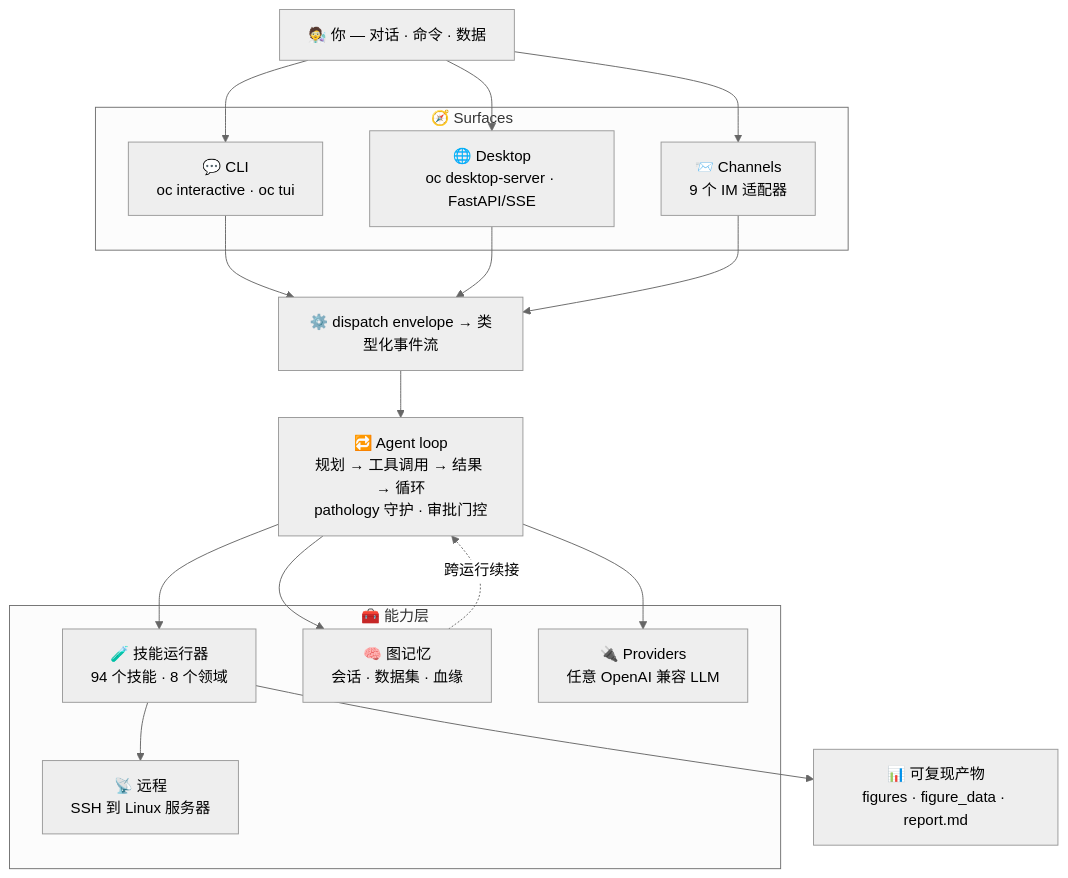
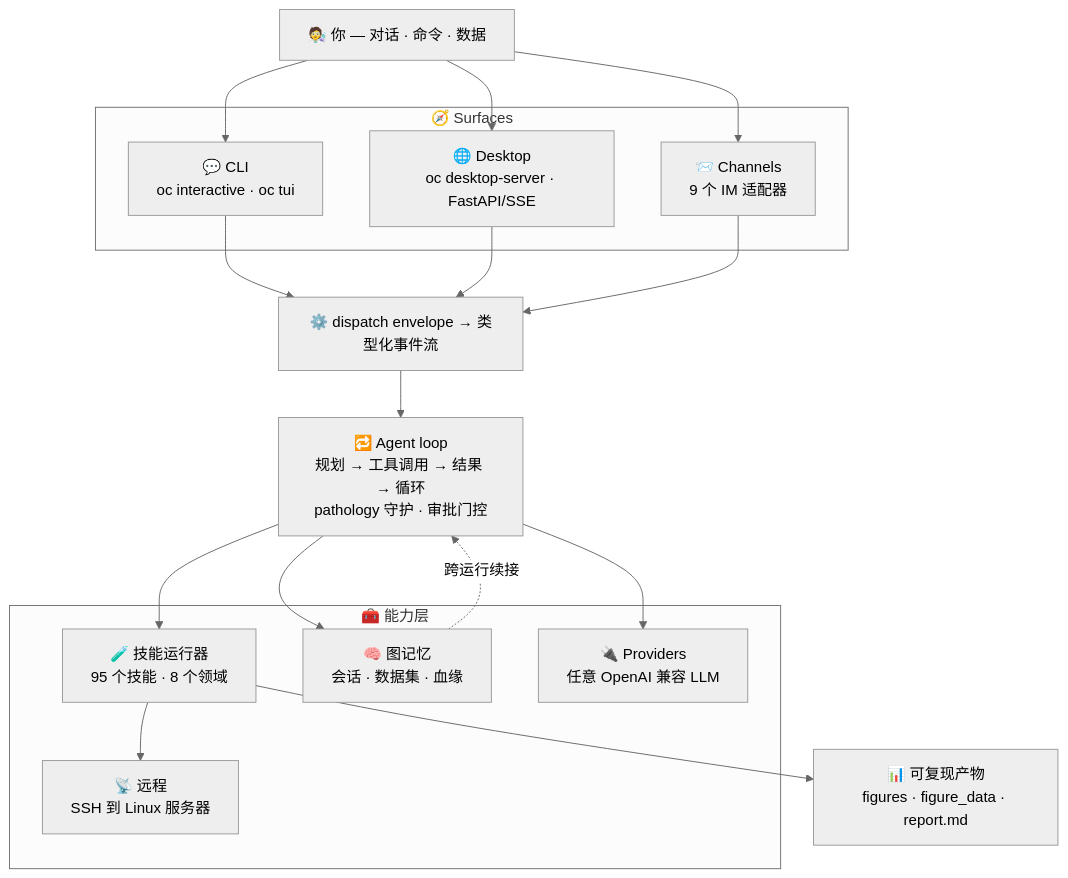
Before and after one commit to zhou-1314/OmicsClaw: the diagram in README_zh-CN.md, drawn with Mermaid (neutral theme). The commit also changed other lines of this file and 39 other files, not shown here.

````diff
--- a/README_zh-CN.md
+++ b/README_zh-CN.md
@@ -116,32 +118,32 @@
 ```mermaid
 flowchart TD
     U["🧑‍🔬 你 — 对话 · 命令 · 数据"]
 
     subgraph Surfaces["🧭 Surfaces"]
         CLI["💬 CLI<br/>oc interactive · oc tui"]
         DESK["🌐 Desktop<br/>oc desktop-server · FastAPI/SSE"]
         CHAN["📨 Channels<br/>9 个 IM 适配器"]
     end
 
     DISPATCH["⚙️ dispatch envelope → 类型化事件流"]
     LOOP["🔁 Agent loop<br/>规划 → 工具调用 → 结果 → 循环<br/>pathology 守护 · 审批门控"]
 
     subgraph Capabilities["🧰 能力层"]
-        SKILLS["🧪 技能运行器<br/>94 个技能 · 8 个领域"]
+        SKILLS["🧪 技能运行器<br/>95 个技能 · 8 个领域"]
         MEMORY["🧠 图记忆<br/>会话 · 数据集 · 血缘"]
         PROV["🔌 Providers<br/>任意 OpenAI 兼容 LLM"]
         REMOTE["📡 远程<br/>SSH 到 Linux 服务器"]
     end
 
     OUT["📊 可复现产物<br/>figures · figure_data · report.md"]
 
     U --> CLI & DESK & CHAN
     CLI --> DISPATCH
     DESK --> DISPATCH
     CHAN --> DISPATCH
     DISPATCH --> LOOP
     LOOP --> SKILLS & MEMORY & PROV
     SKILLS --> REMOTE
     SKILLS --> OUT
     MEMORY -. 跨运行续接 .-> LOOP
 ```
````
